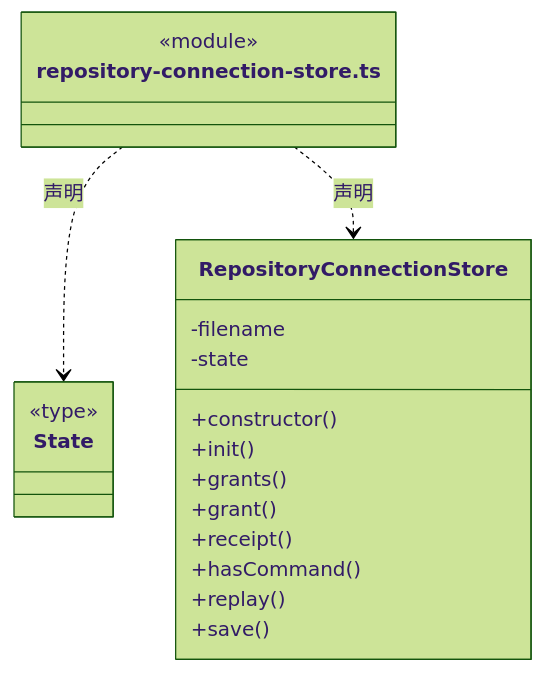
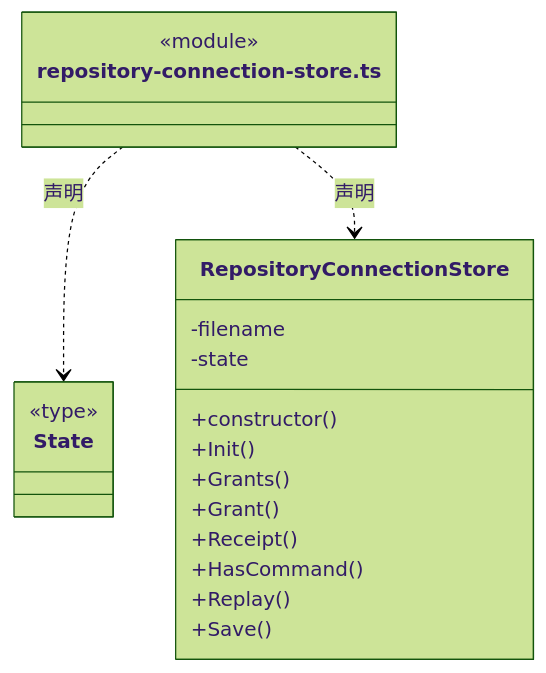
One commit to nan023062/cbim changed the first of 5 diagrams in src/logic/connectors/service/ARCHITECTURE.md. Above: the diagram before and after it, drawn with Mermaid (forest theme). The commit also changed other lines of this file and 1035 other files, not shown here.

````diff
--- a/src/logic/connectors/service/ARCHITECTURE.md
+++ b/src/logic/connectors/service/ARCHITECTURE.md
@@ -24,24 +24,24 @@
 ```mermaid
 classDiagram
 class N_src_logic_connectors_service_repository_connection_store_ts["repository-connection-store.ts"] {
   <<module>>
 }
 class N_src_logic_connectors_service_repository_connection_store_ts_State["State"] {
   <<type>>
 
 }
 N_src_logic_connectors_service_repository_connection_store_ts ..> N_src_logic_connectors_service_repository_connection_store_ts_State : 声明
 class N_src_logic_connectors_service_repository_connection_store_ts_RepositoryConnectionStore["RepositoryConnectionStore"] {
   +constructor()
-  +init()
-  +grants()
-  +grant()
-  +receipt()
-  +hasCommand()
-  +replay()
-  +save()
+  +Init()
+  +Grants()
+  +Grant()
+  +Receipt()
+  +HasCommand()
+  +Replay()
+  +Save()
   -filename
   -state
 }
 N_src_logic_connectors_service_repository_connection_store_ts ..> N_src_logic_connectors_service_repository_connection_store_ts_RepositoryConnectionStore : 声明
 ```
````
